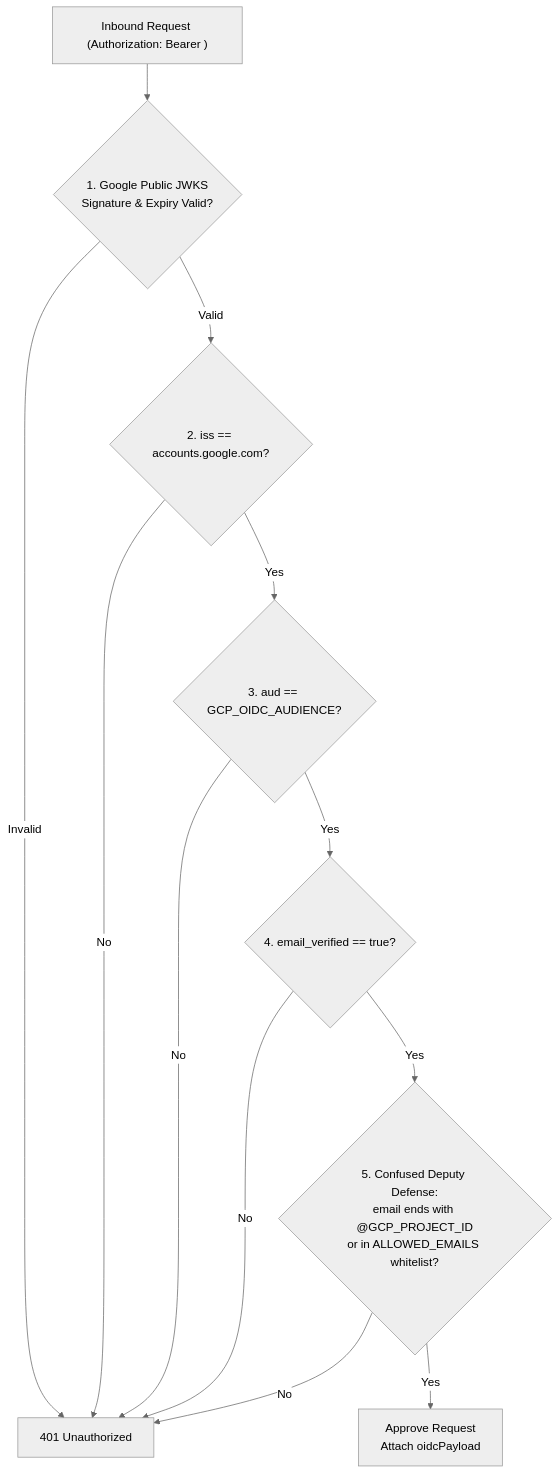
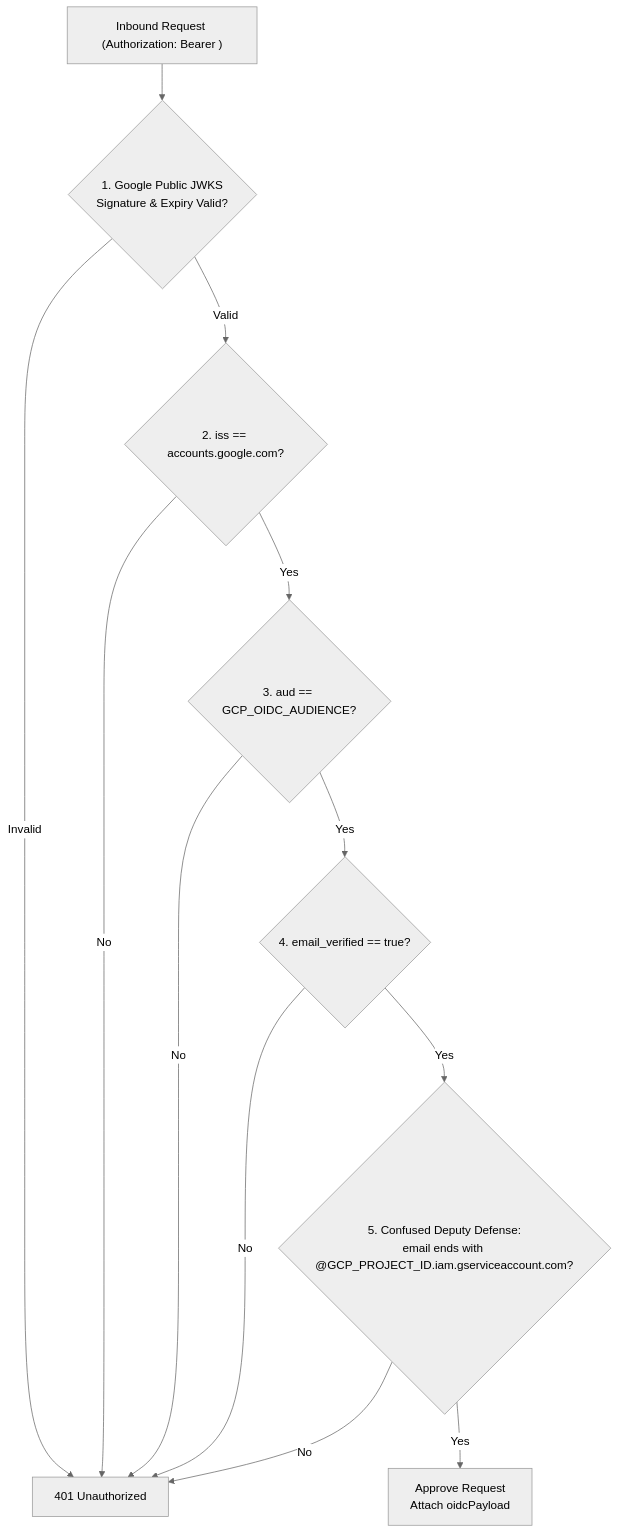
The second of 2 diagrams in docs/docs/modules/pubsub.md (SaveSoulApp/Breathaway-Backend), drawn with Mermaid (neutral theme) before and after one commit. The commit also changed other lines of this file and 74 other files, not shown here.

````diff
--- a/docs/docs/modules/pubsub.md
+++ b/docs/docs/modules/pubsub.md
@@ -111,14 +111,14 @@
 ```mermaid
 flowchart TD
     Req["Inbound Request (Authorization: Bearer <JWT>)"] --> Step1{"1. Google Public JWKS<br/>Signature & Expiry Valid?"}
     Step1 -- "Invalid" --> Reject["401 Unauthorized"]
     Step1 -- "Valid" --> Step2{"2. iss == accounts.google.com?"}
     Step2 -- "No" --> Reject
     Step2 -- "Yes" --> Step3{"3. aud == GCP_OIDC_AUDIENCE?"}
     Step3 -- "No" --> Reject
     Step3 -- "Yes" --> Step4{"4. email_verified == true?"}
     Step4 -- "No" --> Reject
-    Step4 -- "Yes" --> Step5{"5. Confused Deputy Defense:<br/>email ends with @GCP_PROJECT_ID<br/>or in ALLOWED_EMAILS whitelist?"}
+    Step4 -- "Yes" --> Step5{"5. Confused Deputy Defense:<br/>email ends with @GCP_PROJECT_ID.iam.gserviceaccount.com?"}
     Step5 -- "No" --> Reject
     Step5 -- "Yes" --> Allow["Approve Request<br/>Attach oidcPayload"]
 ```
````
